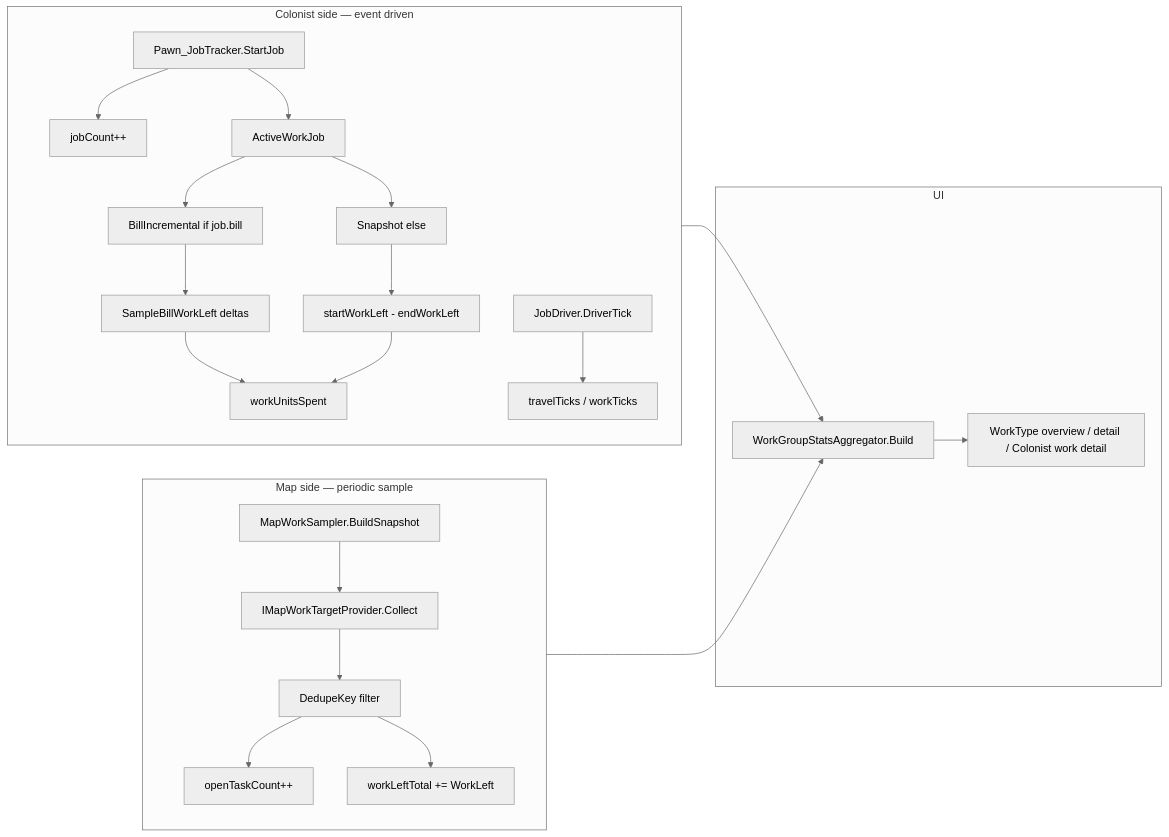
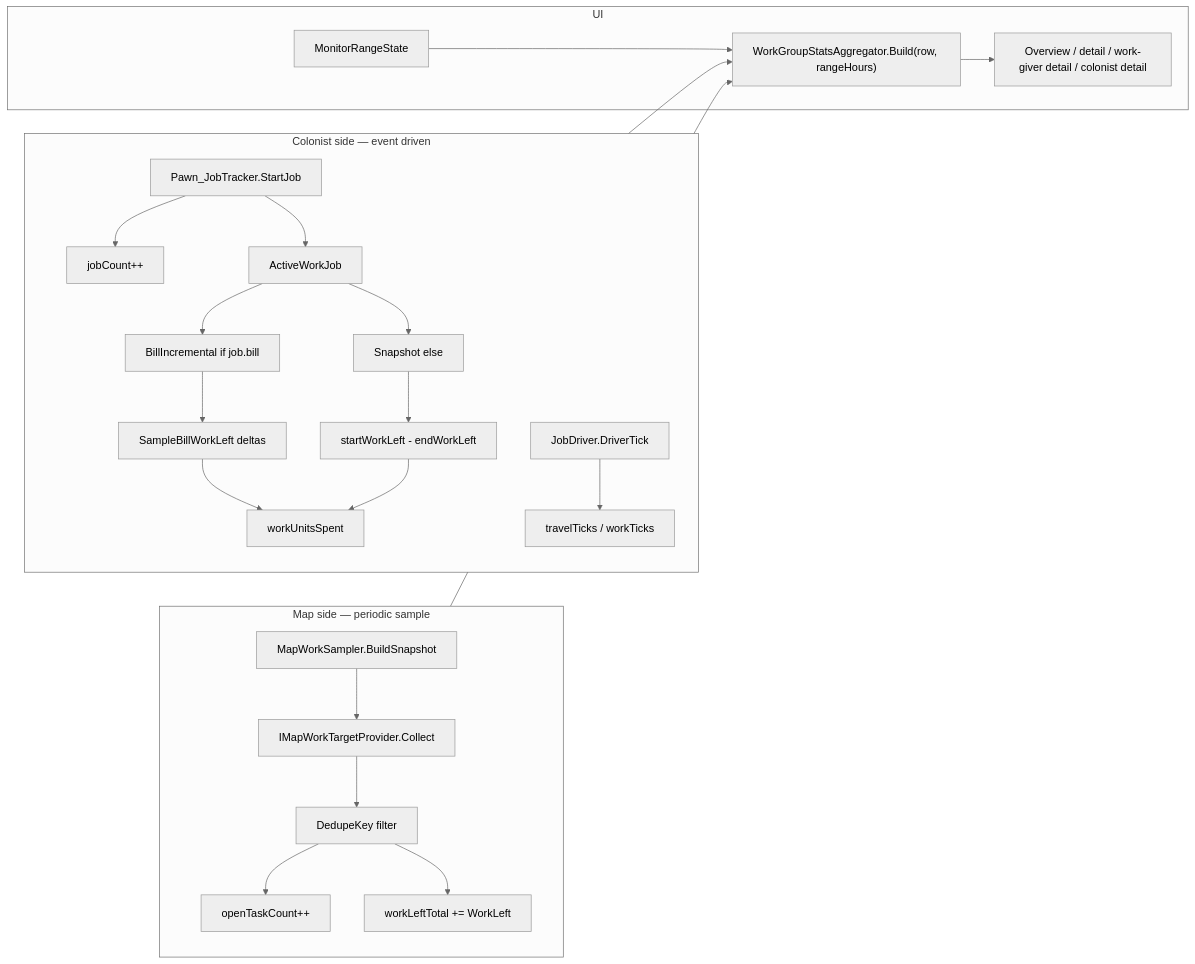
One commit to philip2p2026-git/WorkMonitor changed the first of 2 diagrams in development.md. Above: the diagram before and after it, drawn with Mermaid (neutral theme). The commit also changed other lines of this file, not shown here.

````diff
--- a/development.md
+++ b/development.md
@@ -37,28 +43,29 @@
 ```mermaid
 flowchart LR
     subgraph colonist [Colonist side — event driven]
         StartJob["Pawn_JobTracker.StartJob"] --> JobCount["jobCount++"]
         StartJob --> ActiveJob["ActiveWorkJob"]
         ActiveJob --> BillMode["BillIncremental if job.bill"]
         ActiveJob --> SnapMode["Snapshot else"]
         BillMode --> BillDelta["SampleBillWorkLeft deltas"]
         SnapMode --> SnapDelta["startWorkLeft - endWorkLeft"]
         BillDelta --> ColWork["workUnitsSpent"]
         SnapDelta --> ColWork
         DriverTick["JobDriver.DriverTick"] --> TravelWork["travelTicks / workTicks"]
     end
 
     subgraph map [Map side — periodic sample]
         Sampler["MapWorkSampler.BuildSnapshot"] --> Providers["IMapWorkTargetProvider.Collect"]
         Providers --> Dedupe["DedupeKey filter"]
         Dedupe --> MapCount["openTaskCount++"]
         Dedupe --> MapWork["workLeftTotal += WorkLeft"]
     end
 
     subgraph ui [UI]
-        Aggregator["WorkGroupStatsAggregator.Build"] --> Panels["WorkType overview / detail / Colonist work detail"]
+        Range["MonitorRangeState"] --> Aggregator["WorkGroupStatsAggregator.Build(row, rangeHours)"]
+        Aggregator --> Panels["Overview / detail / work-giver detail / colonist detail"]
     end
 
     colonist --> Aggregator
     map --> Aggregator
 ```
````
